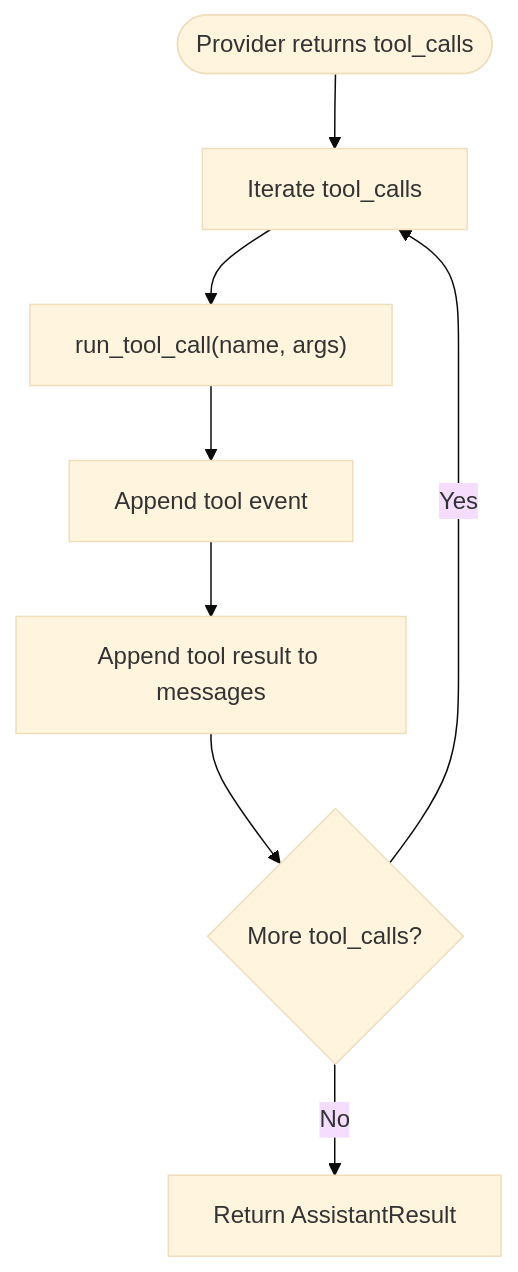
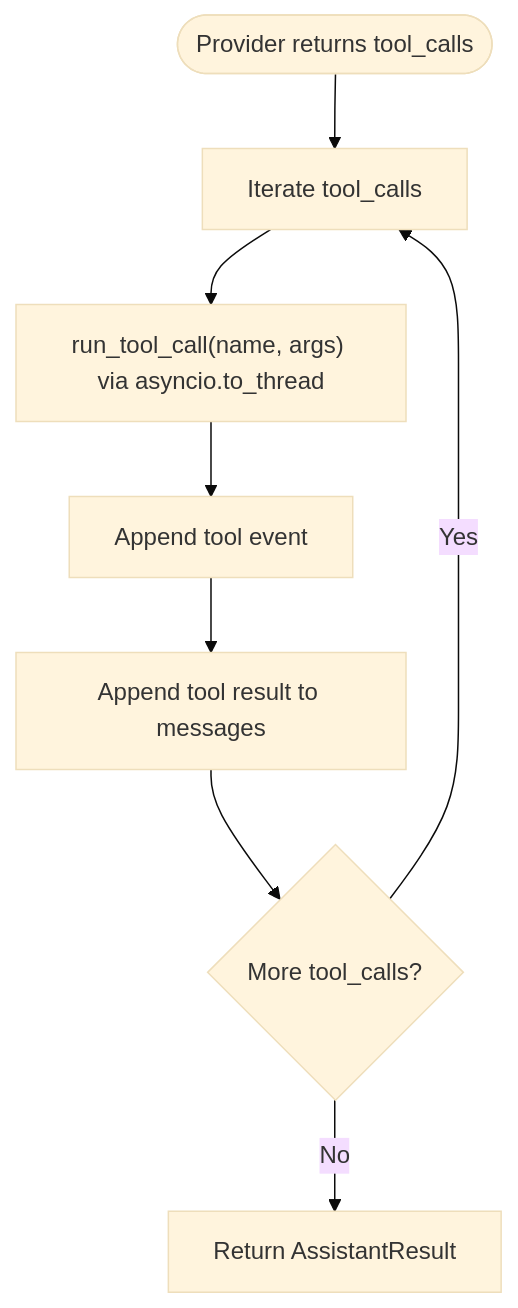
The seventh of 8 diagrams in .qoder/repowiki/en/content/Backend Components/LLM Integration Layer/Client Architecture and Factory Pattern.md (Sovetsky-Soyuz/AI-Assistant), drawn with Mermaid (base theme) before and after one commit. The commit also changed other lines of this file and 10 other files, not shown here.

````diff
--- a/.qoder/repowiki/en/content/Backend Components/LLM Integration Layer/Client Architecture and Factory Pattern.md
+++ b/.qoder/repowiki/en/content/Backend Components/LLM Integration Layer/Client Architecture and Factory Pattern.md
@@ -225,10 +258,10 @@
 ```mermaid
 flowchart TD
 Start(["Provider returns tool_calls"]) --> Iterate["Iterate tool_calls"]
-Iterate --> Dispatch["run_tool_call(name, args)"]
+Iterate --> Dispatch["run_tool_call(name, args) via asyncio.to_thread"]
 Dispatch --> Event["Append tool event"]
 Event --> AppendToolMsg["Append tool result to messages"]
 AppendToolMsg --> Next{"More tool_calls?"}
 Next --> |Yes| Iterate
 Next --> |No| Reply["Return AssistantResult"]
 ```
````
